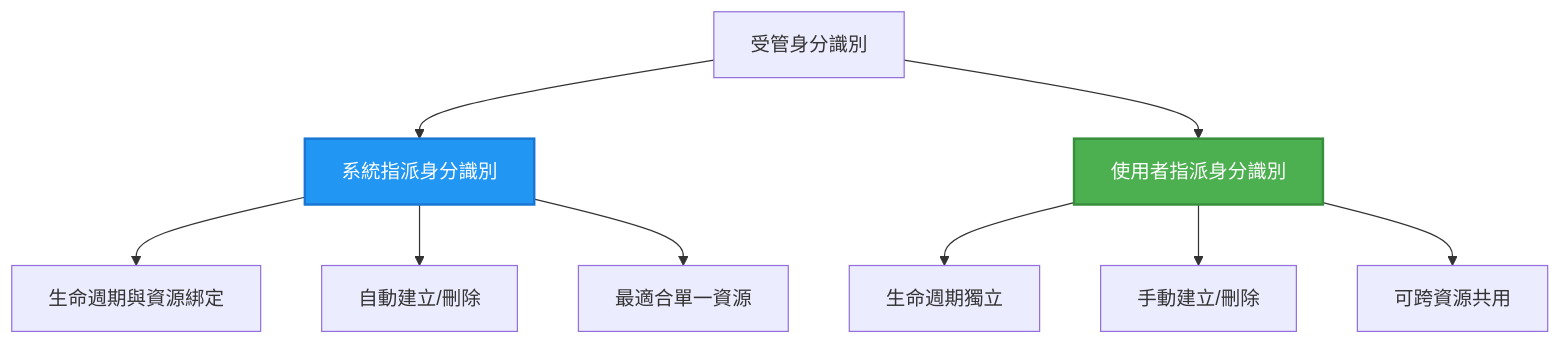
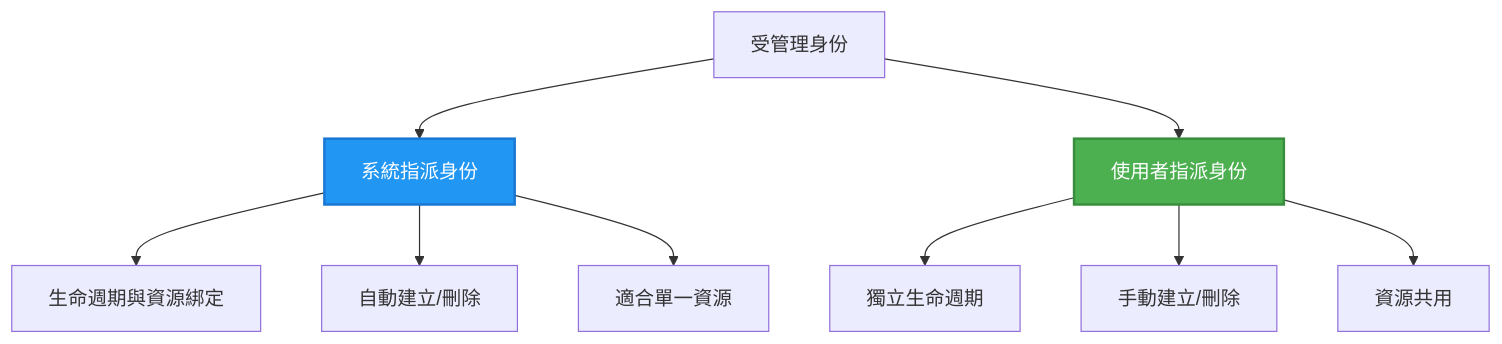
Before and after one commit to microsoft/AZD-for-beginners: the second of 2 diagrams in translations/zh-HK/docs/chapter-03-configuration/authsecurity.md, drawn with Mermaid. The commit also changed other lines of this file and 101 other files, not shown here.

````diff
--- a/translations/zh-HK/docs/chapter-03-configuration/authsecurity.md
+++ b/translations/zh-HK/docs/chapter-03-configuration/authsecurity.md
@@ -97,20 +97,20 @@
 ```mermaid
 graph TB
-    MI[受管身分識別]
-    SystemAssigned[系統指派身分識別]
-    UserAssigned[使用者指派身分識別]
+    MI[受管理身份]
+    SystemAssigned[系統指派身份]
+    UserAssigned[使用者指派身份]
     
     MI --> SystemAssigned
     MI --> UserAssigned
     
     SystemAssigned --> SA1[生命週期與資源綁定]
     SystemAssigned --> SA2[自動建立/刪除]
-    SystemAssigned --> SA3[最適合單一資源]
+    SystemAssigned --> SA3[適合單一資源]
     
-    UserAssigned --> UA1[生命週期獨立]
+    UserAssigned --> UA1[獨立生命週期]
     UserAssigned --> UA2[手動建立/刪除]
-    UserAssigned --> UA3[可跨資源共用]
+    UserAssigned --> UA3[資源共用]
     
     style SystemAssigned fill:#2196F3,stroke:#1976D2,stroke-width:2px,color:#fff
     style UserAssigned fill:#4CAF50,stroke:#388E3C,stroke-width:2px,color:#fff
 ```
````
